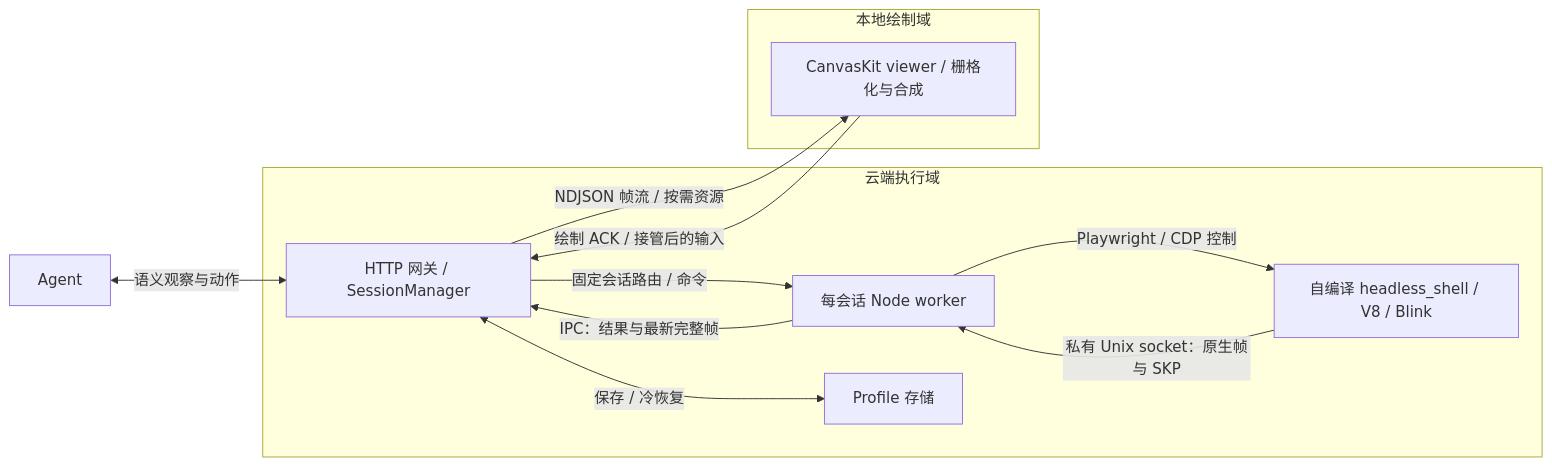
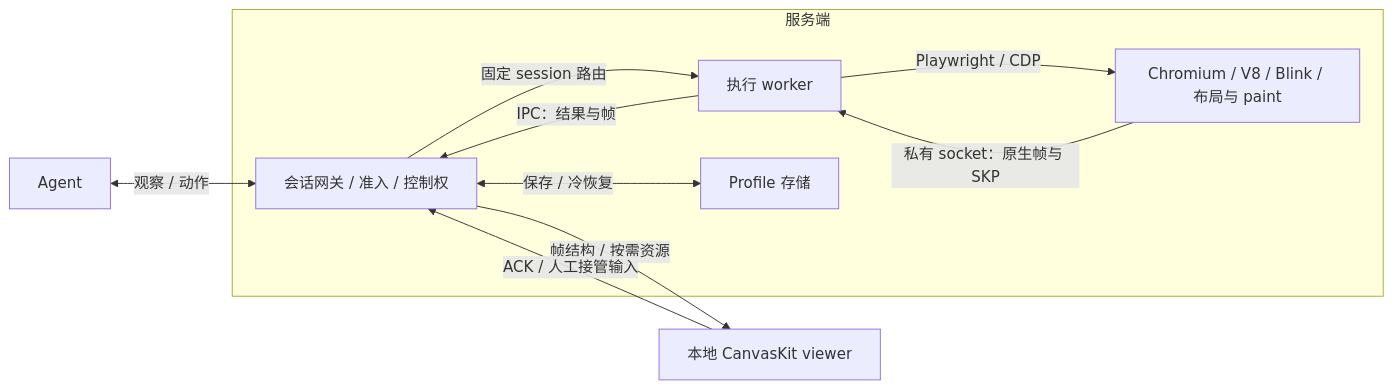
The diagram in README.md (SleepinWei/virtual-desktop), drawn with Mermaid before and after one commit. The commit also changed other lines of this file, not shown here.

````diff
--- a/README.md
+++ b/README.md
@@ -25,20 +15,17 @@
 ```mermaid
 flowchart LR
-  A[Agent] <-->|语义观察与动作| G
-  subgraph S[云端执行域]
-    G[HTTP 网关 / SessionManager]
-    W[每会话 Node worker]
-    B[自编译 headless_shell / V8 / Blink]
+  A[Agent] <-->|观察 / 动作| G
+  subgraph S[服务端]
+    G[会话网关 / 准入 / 控制权]
+    W[执行 worker]
+    B[Chromium / V8 / Blink / 布局与 paint]
     P[Profile 存储]
-    G -->|固定会话路由 / 命令| W
-    W -->|Playwright / CDP 控制| B
-    B -->|私有 Unix socket：原生帧与 SKP| W
-    W -->|IPC：结果与最新完整帧| G
+    G -->|固定 session 路由| W
+    W -->|Playwright / CDP| B
+    B -->|私有 socket：原生帧与 SKP| W
+    W -->|IPC：结果与帧| G
     G <-->|保存 / 冷恢复| P
   end
-  subgraph C[本地绘制域]
-    V[CanvasKit viewer / 栅格化与合成]
-  end
-  G -->|NDJSON 帧流 / 按需资源| V
-  V -->|绘制 ACK / 接管后的输入| G
+  G -->|帧结构 / 按需资源| V[本地 CanvasKit viewer]
+  V -->|ACK / 人工接管输入| G
 ```
````
